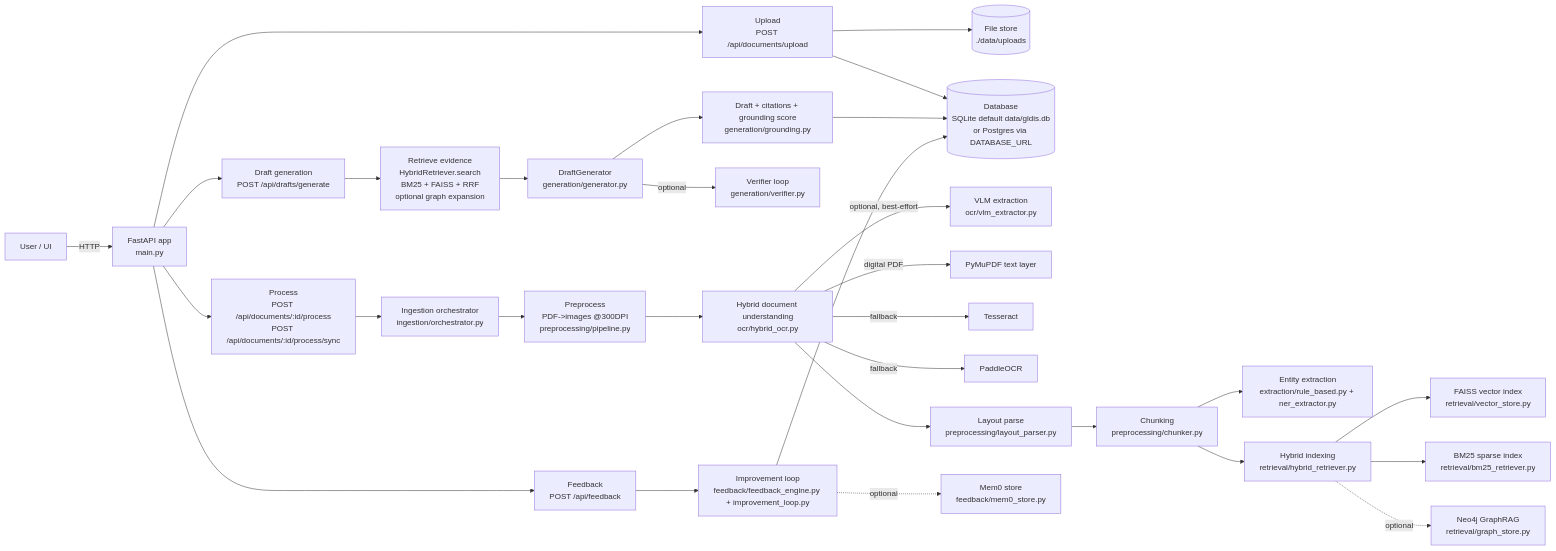
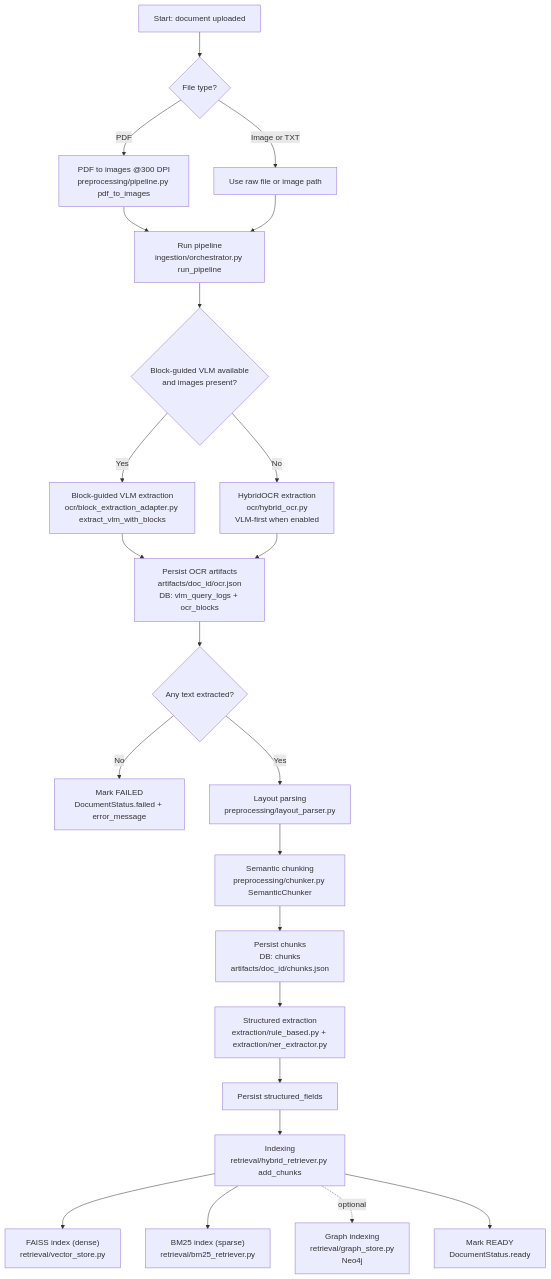
Before and after one commit to Rahuldrabit/GLDIS-Grounded_Legal_Document_Intelligence_System: the diagram in ARCHITECTURE.md, drawn with Mermaid. The commit also changed other lines of this file, not shown here.

Commit message:
fix the architeture mermaid issue

````diff
--- a/ARCHITECTURE.md
+++ b/ARCHITECTURE.md
@@ -16,40 +16,34 @@
 ```mermaid
-flowchart LR
-  U["User / UI"] -->|HTTP| A["FastAPI app\nmain.py"]
+flowchart TD
+  A["Start: document uploaded"] --> B{"File type?"}
 
-  A --> D1["Upload\nPOST /api/documents/upload"]
-  D1 --> FS[("File store\n./data/uploads")]
-  D1 --> DB[("Database\nSQLite default data/gldis.db\nor Postgres via DATABASE_URL")]
+  B -->|PDF| C["PDF to images @300 DPI\npreprocessing/pipeline.py pdf_to_images"]
+  B -->|Image or TXT| C2["Use raw file or image path"]
 
-  A --> D2["Process\nPOST /api/documents/:id/process\nPOST /api/documents/:id/process/sync"]
-  D2 --> P["Ingestion orchestrator\ningestion/orchestrator.py"]
+  C --> D["Run pipeline\ningestion/orchestrator.py run_pipeline"]
+  C2 --> D
 
-  P --> PP["Preprocess\nPDF->images @300DPI\npreprocessing/pipeline.py"]
-  PP --> OCR["Hybrid document understanding\nocr/hybrid_ocr.py"]
+  D --> E{"Block-guided VLM available\nand images present?"}
+  E -->|Yes| F["Block-guided VLM extraction\nocr/block_extraction_adapter.py extract_vlm_with_blocks"]
+  E -->|No| G["HybridOCR extraction\nocr/hybrid_ocr.py\nVLM-first when enabled"]
 
-  OCR -->|optional, best-effort| VLM["VLM extraction\nocr/vlm_extractor.py"]
-  OCR -->|digital PDF| MU["PyMuPDF text layer"]
-  OCR -->|fallback| T["Tesseract"]
-  OCR -->|fallback| PO["PaddleOCR"]
+  F --> H["Persist OCR artifacts\nartifacts/doc_id/ocr.json\nDB: vlm_query_logs + ocr_blocks"]
+  G --> H
 
-  OCR --> L["Layout parse\npreprocessing/layout_parser.py"]
-  L --> C["Chunking\npreprocessing/chunker.py"]
-  C --> E["Entity extraction\nextraction/rule_based.py + ner_extractor.py"]
+  H --> I{"Any text extracted?"}
+  I -->|No| X["Mark FAILED\nDocumentStatus.failed + error_message"]
+  I -->|Yes| J["Layout parsing\npreprocessing/layout_parser.py"]
 
-  C --> I["Hybrid indexing\nretrieval/hybrid_retriever.py"]
-  I --> F["FAISS vector index\nretrieval/vector_store.py"]
-  I --> B["BM25 sparse index\nretrieval/bm25_retriever.py"]
-  I -.->|optional| G["Neo4j GraphRAG\nretrieval/graph_store.py"]
+  J --> K["Semantic chunking\npreprocessing/chunker.py SemanticChunker"]
+  K --> L["Persist chunks\nDB: chunks\nartifacts/doc_id/chunks.json"]
 
-  A --> D3["Draft generation\nPOST /api/drafts/generate"]
-  D3 --> R["Retrieve evidence\nHybridRetriever.search\nBM25 + FAISS + RRF\noptional graph expansion"]
-  R --> GEN["DraftGenerator\ngeneration/generator.py"]
-  GEN -->|optional| VER["Verifier loop\ngeneration/verifier.py"]
-  GEN --> OUT["Draft + citations + grounding score\ngeneration/grounding.py"]
-  OUT --> DB
+  L --> M["Structured extraction\nextraction/rule_based.py + extraction/ner_extractor.py"]
+  M --> N["Persist structured_fields"]
 
-  A --> FB["Feedback\nPOST /api/feedback"]
-  FB --> IMP["Improvement loop\nfeedback/feedback_engine.py + improvement_loop.py"]
-  IMP -.->|optional| M0["Mem0 store\nfeedback/mem0_store.py"]
-  IMP --> DB
+  N --> O["Indexing\nretrieval/hybrid_retriever.py add_chunks"]
+  O --> P["FAISS index (dense)\nretrieval/vector_store.py"]
+  O --> Q["BM25 index (sparse)\nretrieval/bm25_retriever.py"]
+  O -.->|optional| R["Graph indexing\nretrieval/graph_store.py\nNeo4j"]
+
+  O --> S["Mark READY\nDocumentStatus.ready"]
 ```
````
